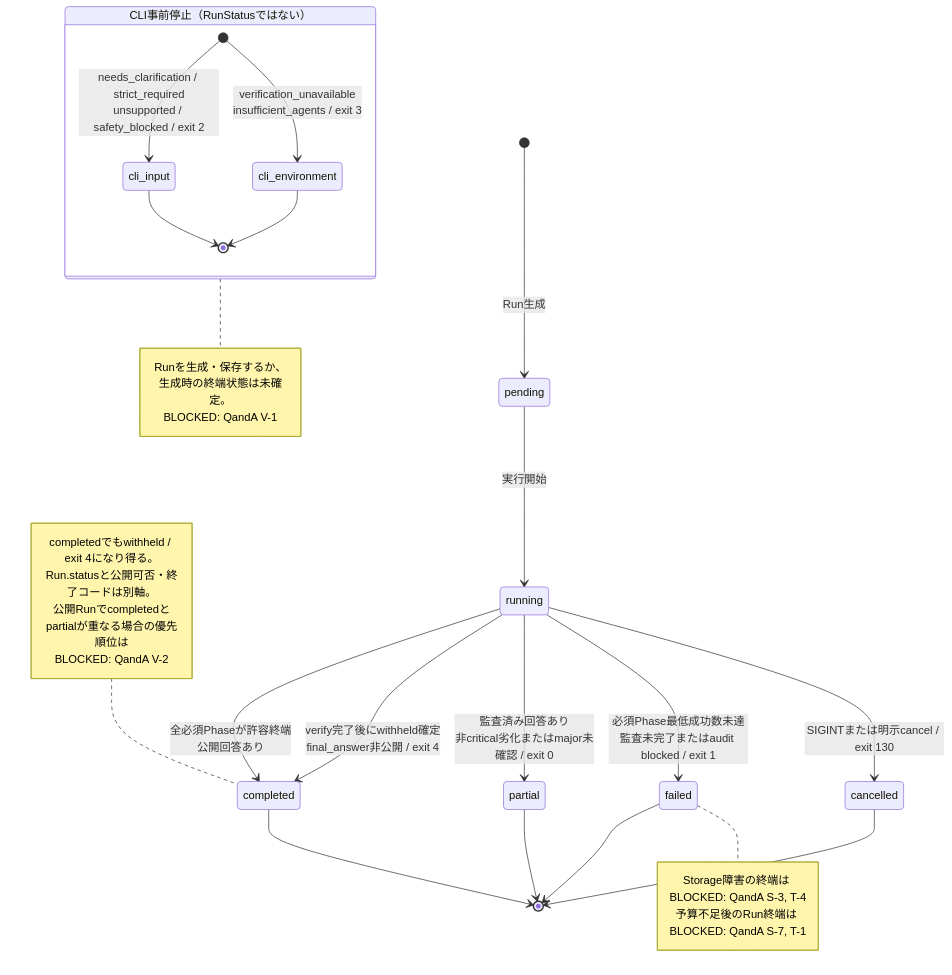
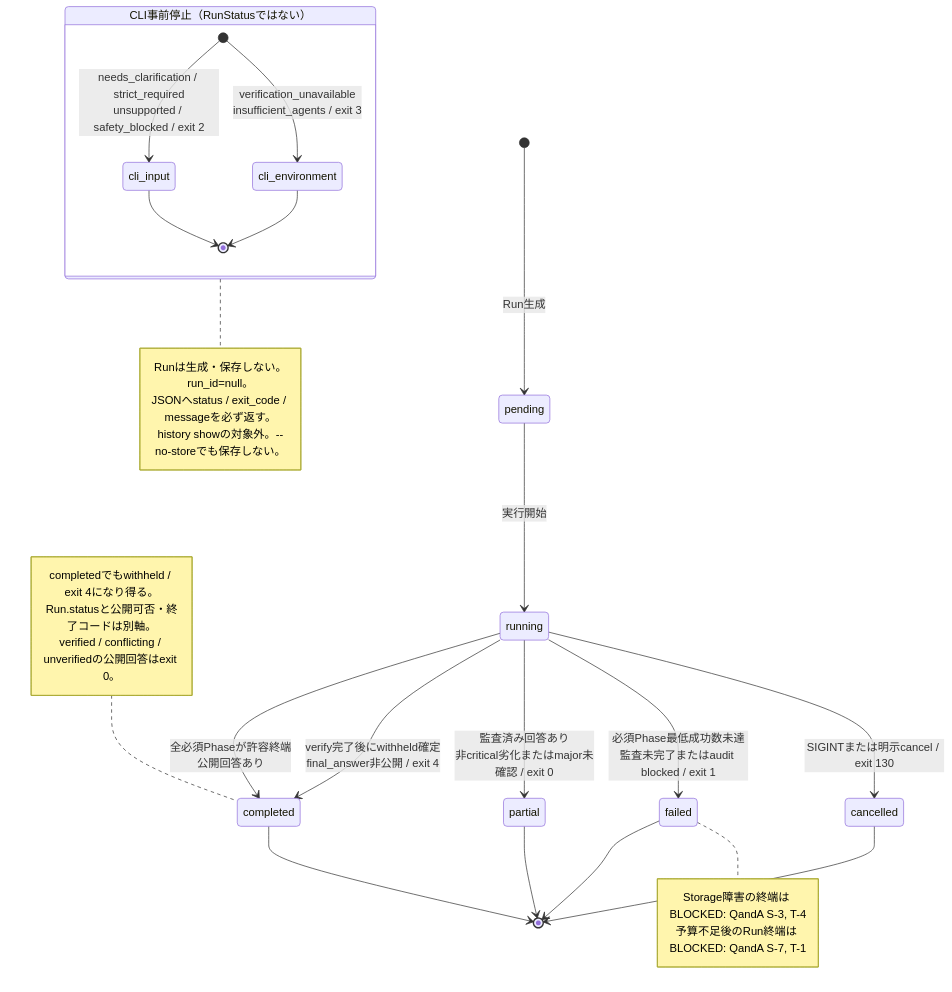
Before and after one commit to garyohosu/OracleCouncil: the first of 5 diagrams in STATE.md, drawn with Mermaid. The commit also changed other lines of this file and 4 other files, not shown here.

````diff
--- a/STATE.md
+++ b/STATE.md
@@ -12,38 +12,38 @@
 ```mermaid
 stateDiagram-v2
     [*] --> pending: Run生成
     pending --> running: 実行開始
 
     running --> completed: 全必須Phaseが許容終端<br/>公開回答あり
     running --> completed: verify完了後にwithheld確定<br/>final_answer非公開 / exit 4
     running --> partial: 監査済み回答あり<br/>非critical劣化またはmajor未確認 / exit 0
     running --> failed: 必須Phase最低成功数未達<br/>監査未完了またはaudit blocked / exit 1
     running --> cancelled: SIGINTまたは明示cancel / exit 130
 
     completed --> [*]
     partial --> [*]
     failed --> [*]
     cancelled --> [*]
 
     state "CLI事前停止（RunStatusではない）" as preflight {
         [*] --> cli_input: needs_clarification / strict_required<br/>unsupported / safety_blocked / exit 2
         [*] --> cli_environment: verification_unavailable<br/>insufficient_agents / exit 3
         cli_input --> [*]
         cli_environment --> [*]
     }
 
     note right of preflight
-      Runを生成・保存するか、生成時の終端状態は未確定。
-      BLOCKED: QandA V-1
+      Runは生成・保存しない。run_id=null。
+      JSONへstatus / exit_code / messageを必ず返す。
+      history showの対象外。--no-storeでも保存しない。
     end note
     note right of failed
       Storage障害の終端は BLOCKED: QandA S-3, T-4
       予算不足後のRun終端は BLOCKED: QandA S-7, T-1
     end note
     note left of completed
       completedでもwithheld / exit 4になり得る。
       Run.statusと公開可否・終了コードは別軸。
-      公開Runでcompletedとpartialが重なる場合の優先順位は
-      BLOCKED: QandA V-2
+      verified / conflicting / unverifiedの公開回答はexit 0。
     end note
 ```
````
